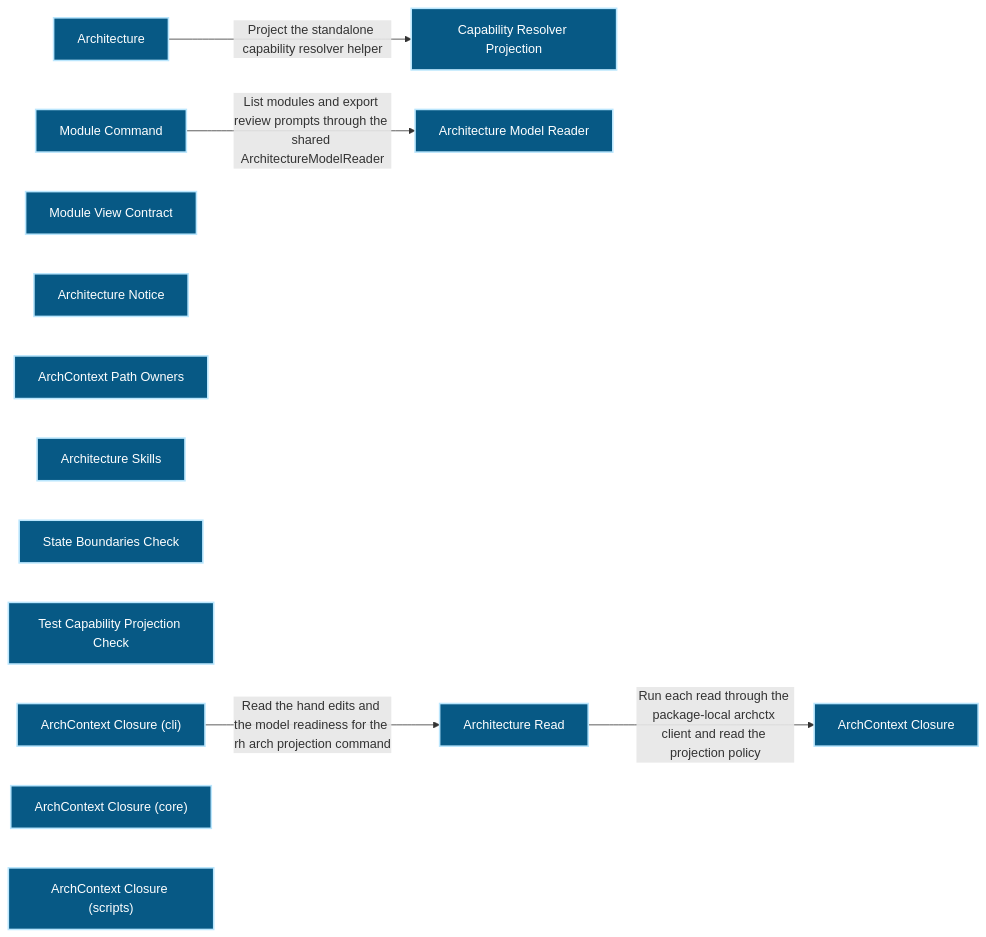
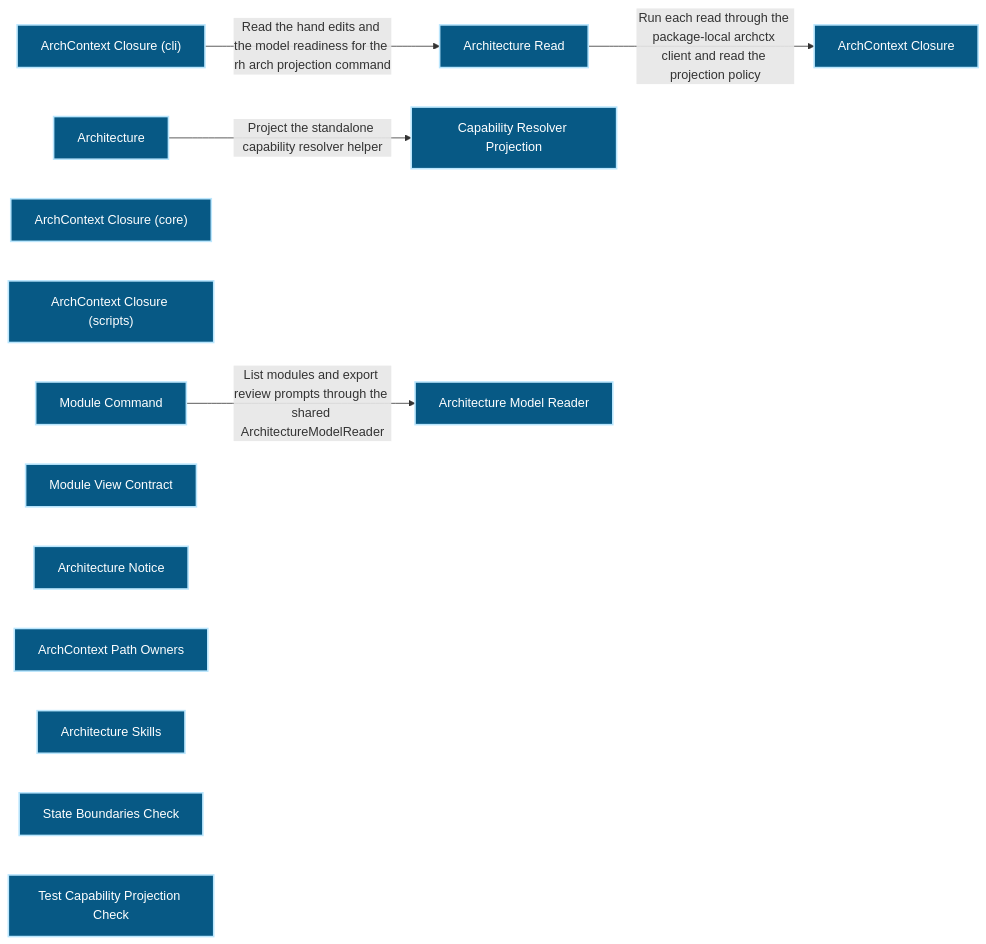
The first of 2 diagrams in docs/architecture/modules/runtime-harness/architecture.md (aimpact-inc/repo-harness), drawn with Mermaid before and after one commit. The commit also changed other lines of this file and 8 other files, not shown here.

First line of the commit message:
chore(projection): refresh generated architecture outputs for main@284404e4ade0

````diff
--- a/docs/architecture/modules/runtime-harness/architecture.md
+++ b/docs/architecture/modules/runtime-harness/architecture.md
@@ -16,26 +16,26 @@
 ```mermaid
 flowchart LR
   p1_capability_runtime_harness_architecture_b2e483c3["Architecture"]:::component
+  p1_component_architecture_archctx_closure_ab1057a2["ArchContext Closure"]:::component
+  p1_component_architecture_archctx_closure_cli_e356d3af["ArchContext Closure (cli)"]:::component
+  p1_component_architecture_archctx_closure_core_36e646c8["ArchContext Closure (core)"]:::component
+  p1_component_architecture_archctx_closure_scripts_0c75e245["ArchContext Closure (scripts)"]:::component
+  p1_component_architecture_architecture_read_367307ea["Architecture Read"]:::component
   p1_component_architecture_helper_projection_4f90d353["Capability Resolver Projection"]:::component
   p1_component_architecture_model_reader_a34f9503["Architecture Model Reader"]:::component
   p1_component_architecture_module_cli_9d2922f4["Module Command"]:::component
   p1_component_architecture_module_view_2b7004f1["Module View Contract"]:::component
   p1_component_architecture_notice_a8021c95["Architecture Notice"]:::component
   p1_component_architecture_owners_e27e764b["ArchContext Path Owners"]:::component
   p1_component_architecture_skills_17de03c8["Architecture Skills"]:::component
   p1_component_architecture_state_boundaries_check_139ea12c["State Boundaries Check"]:::component
   p1_component_architecture_test_projection_check_3217626c["Test Capability Projection Check"]:::component
-  p1_component_global_runtime_reconciliation_archctx_closure_1b9b31b7["ArchContext Closure"]:::component
-  p1_component_global_runtime_reconciliation_archctx_closure_cli_a2249d79["ArchContext Closure (cli)"]:::component
-  p1_component_global_runtime_reconciliation_archctx_closure_core_8aa566c4["ArchContext Closure (core)"]:::component
-  p1_component_global_runtime_reconciliation_archctx_closure_scripts_f4032cbc["ArchContext Closure (scripts)"]:::component
-  p1_component_global_runtime_reconciliation_architecture_read_33d34b6e["Architecture Read"]:::component
   p1_capability_runtime_harness_architecture_b2e483c3 -->|"Project the standalone capability resolver helper"| p1_component_architecture_helper_projection_4f90d353
   p1_component_architecture_module_cli_9d2922f4 -->|"List modules and export review prompts through the shared ArchitectureModelReader"| p1_component_architecture_model_reader_a34f9503
-  p1_component_global_runtime_reconciliation_archctx_closure_cli_a2249d79 -->|"Read the hand edits and the model readiness for the rh arch projection command"| p1_component_global_runtime_reconciliation_architecture_read_33d34b6e
-  p1_component_global_runtime_reconciliation_architecture_read_33d34b6e -->|"Run each read through the package-local archctx client and read the projection policy"| p1_component_global_runtime_reconciliation_archctx_closure_1b9b31b7
+  p1_component_architecture_archctx_closure_cli_e356d3af -->|"Read the hand edits and the model readiness for the rh arch projection command"| p1_component_architecture_architecture_read_367307ea
+  p1_component_architecture_architecture_read_367307ea -->|"Run each read through the package-local archctx client and read the projection policy"| p1_component_architecture_archctx_closure_ab1057a2
   classDef actor fill:#111827,color:#ffffff,stroke:#f9fafb,stroke-width:2px
   classDef component fill:#075985,color:#ffffff,stroke:#bae6fd,stroke-width:2px
   classDef datastore fill:#3f6212,color:#ffffff,stroke:#d9f99d,stroke-width:2px
   classDef external fill:#7c2d12,color:#ffffff,stroke:#fed7aa,stroke-width:2px
 ```
````
